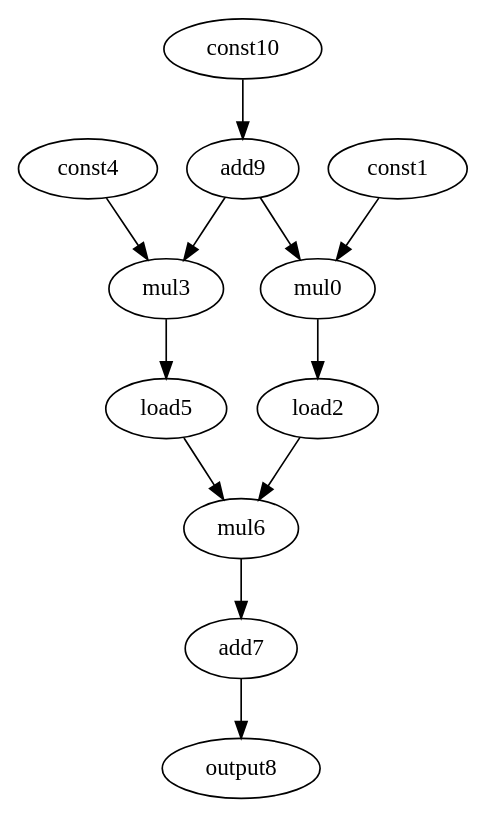
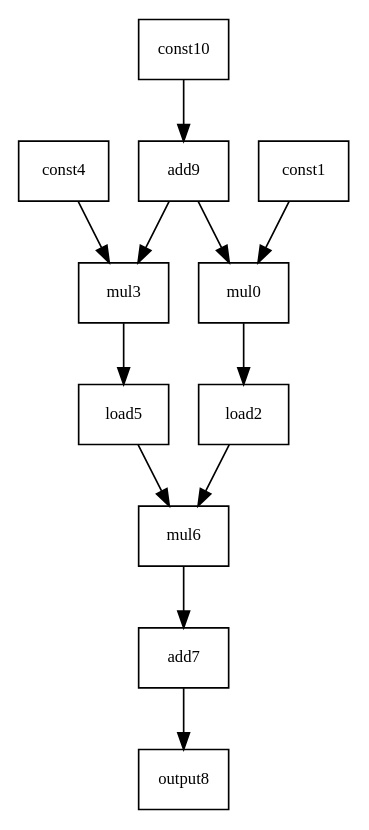
One commit to jeronimopenha/sa_verilog changed the diagram in dot/mac.dot. Above: the diagram before and after it, drawn with Graphviz. The commit also changed 14 other files, not shown here.

```diff
--- a/dot/mac.dot
+++ b/dot/mac.dot
@@ -1,26 +1,38 @@
-digraph G {
-mul0[opcode=mul];
-const1[opcode=const];
-load2[opcode=load];
-mul3[opcode=mul];
-const4[opcode=const];
-load5[opcode=load];
-mul6[opcode=mul];
-add7[opcode=add];
-output8[opcode=output];
-add9[opcode=add];
-const10[opcode=const];
-load2->mul6[operand=1]; //load->mul
-load5->mul6[operand=0]; //load->mul
-mul6->add7[operand=0]; //mul->add
-add7->output8[operand=0]; //add->output
-//add7->add7[operand=1]; //add->add
-add9->mul0[operand=1]; //add->gep_mul
-add9->mul3[operand=1]; //add->gep_mul
-//add9->add9[operand=0]; //add->add
-const1->mul0[operand=0]; //gep_const->gep_mul
-mul0->load2[operand=0]; //gep_mul->load
-const4->mul3[operand=0]; //gep_const->gep_mul
-mul3->load5[operand=0]; //gep_mul->load
-const10->add9[operand=1]; //const->add
+digraph "G" {
+    graph [
+    fontsize = "10",
+    fontname = "Verdana",
+    compound = "true",
+  ];
+  edge [
+    fontsize = "10",
+    fontname = "Verdana",
+  ];
+  node [
+    shape = "record",
+    fontsize = "10",
+    fontname = "Verdana",
+  ];
+  "mul0";
+  "const1";
+  "load2";
+  "mul3";
+  "const4";
+  "load5";
+  "mul6";
+  "add7";
+  "output8";
+  "add9";
+  "const10";
+  "load2" -> "mul6";
+  "load5" -> "mul6";
+  "mul6" -> "add7";
+  "add7" -> "output8";
+  "add9" -> "mul0";
+  "add9" -> "mul3";
+  "const1" -> "mul0";
+  "mul0" -> "load2";
+  "const4" -> "mul3";
+  "mul3" -> "load5";
+  "const10" -> "add9";
 }
```
